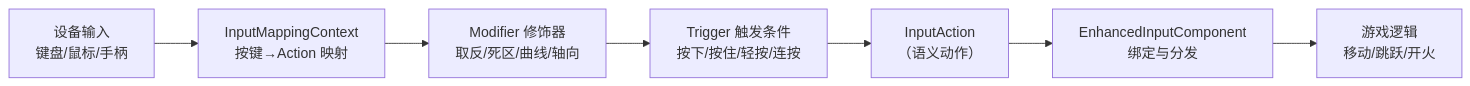
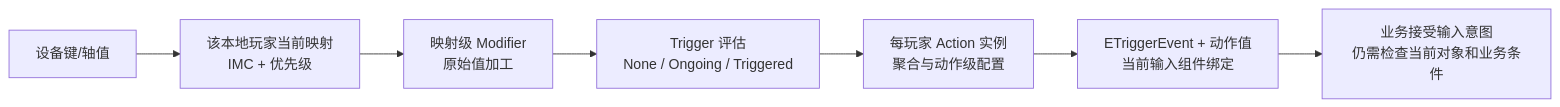
The first of 3 diagrams in 知识/05-Gameplay与交互系统/输入移动与交互/02-EnhancedInput增强输入.md (fantuan812/learning), drawn with Mermaid before and after one commit. The commit also changed other lines of this file and 1 other file, not shown here.

````diff
--- a/知识/05-Gameplay与交互系统/输入移动与交互/02-EnhancedInput增强输入.md
+++ b/知识/05-Gameplay与交互系统/输入移动与交互/02-EnhancedInput增强输入.md
@@ -33,17 +45,9 @@
 ```mermaid
 flowchart LR
-    DEV["设备输入<br/>键盘/鼠标/手柄"]
-    IMC["InputMappingContext<br/>按键→Action 映射"]
-    MOD["Modifier 修饰器<br/>取反/死区/曲线/轴向"]
-    TRIG["Trigger 触发条件<br/>按下/按住/轻按/连按"]
-    ACT["InputAction<br/>（语义动作）"]
-    EIC["EnhancedInputComponent<br/>绑定与分发"]
-    GAME["游戏逻辑<br/>移动/跳跃/开火"]
-
-    DEV --> IMC
-    IMC --> MOD
-    MOD --> TRIG
-    TRIG --> ACT
-    ACT --> EIC
-    EIC --> GAME
+    D["设备键/轴值"] --> M["该本地玩家当前映射<br/>IMC + 优先级"]
+    M --> V["映射级 Modifier<br/>原始值加工"]
+    V --> T["Trigger 评估<br/>None / Ongoing / Triggered"]
+    T --> A["每玩家 Action 实例<br/>聚合与动作级配置"]
+    A --> E["ETriggerEvent + 动作值<br/>当前输入组件绑定"]
+    E --> G["业务接受输入意图<br/>仍需检查当前对象和业务条件"]
 ```
````
